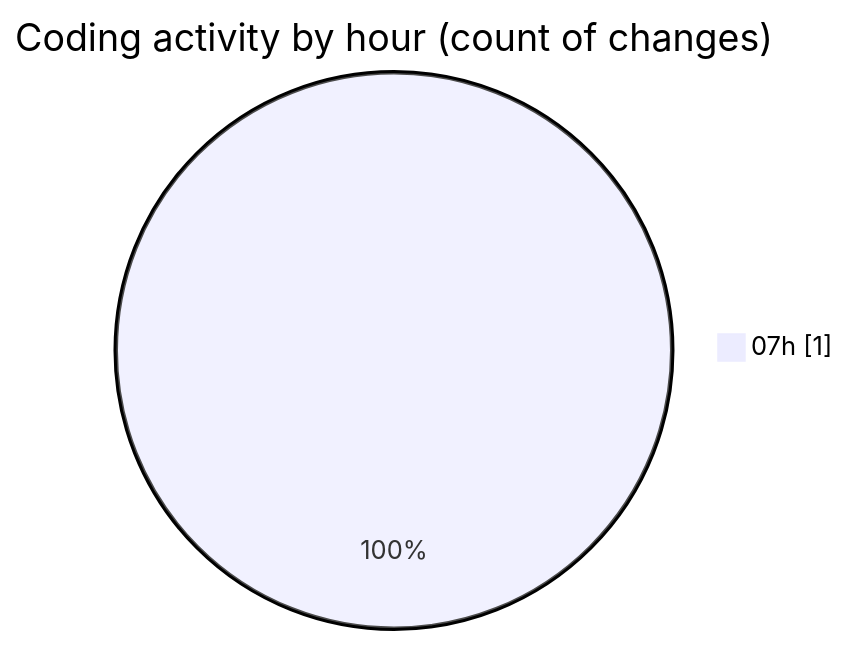
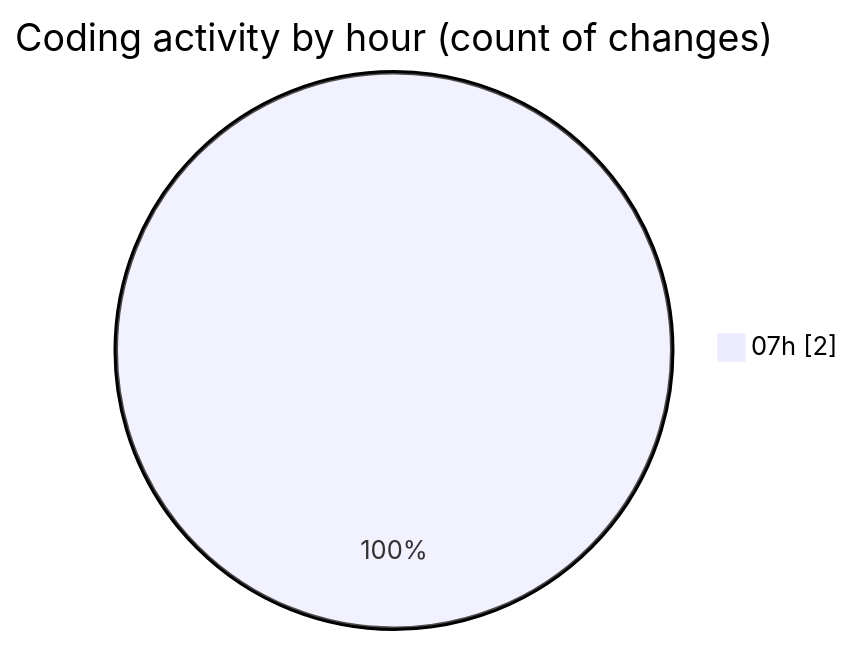
One commit to IJAZ3593/code-tracking changed the second of 2 diagrams in 2025-09-02/pythen/README.md. Above: the diagram before and after it, drawn with Mermaid. The commit also changed other lines of this file and 1 other file, not shown here.

````diff
--- a/2025-09-02/pythen/README.md
+++ b/2025-09-02/pythen/README.md
@@ -28,5 +28,5 @@
 ```mermaid
 pie showData
 title Coding activity by hour (count of changes)
-"07h" : 1
+"07h" : 2
 ```
````
